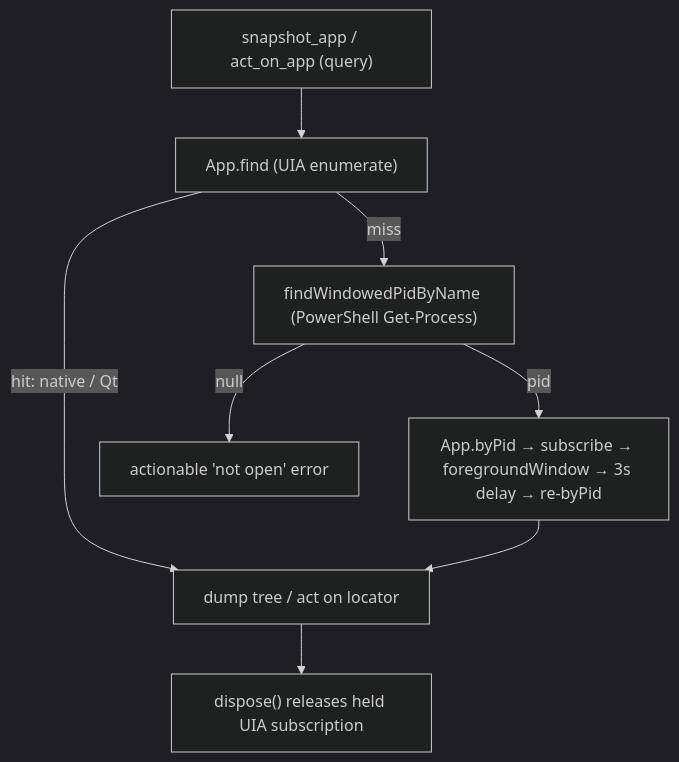
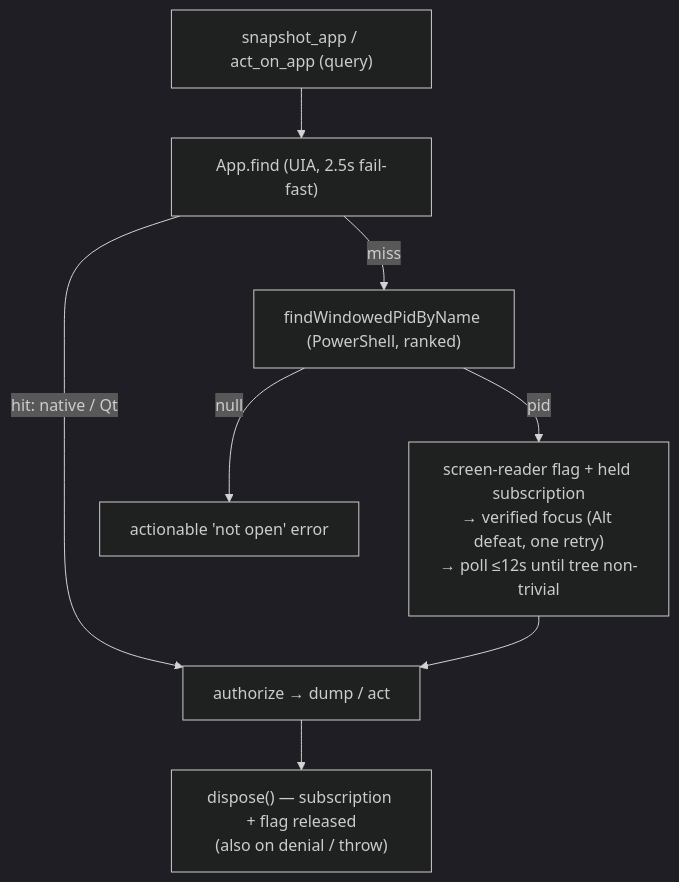
Before and after one commit to chadnicely/Vynel-Demo: the third of 4 diagrams in .claude/docs/desktop-control/structure.md, drawn with Mermaid (dark theme). The commit also changed other lines of this file and 3 other files, not shown here.

````diff
--- a/.claude/docs/desktop-control/structure.md
+++ b/.claude/docs/desktop-control/structure.md
@@ -116,10 +198,10 @@
 ```mermaid
 flowchart TD
-    A["snapshot_app / act_on_app (query)"] --> B["App.find (UIA enumerate)"]
-    B -->|"hit: native / Qt"| E["dump tree / act on locator"]
-    B -->|"miss"| C["findWindowedPidByName (PowerShell Get-Process)"]
-    C -->|"null"| X["actionable 'not open' error"]
-    C -->|"pid"| D["App.byPid → subscribe → foregroundWindow → 3s delay → re-byPid"]
+    A["snapshot_app / act_on_app (query)"] --> B["App.find (UIA, 2.5s fail-fast)"]
+    B -->|"hit: native / Qt"| E["authorize → dump / act"]
+    B -->|miss| C["findWindowedPidByName (PowerShell, ranked)"]
+    C -->|null| X["actionable 'not open' error"]
+    C -->|pid| D["screen-reader flag + held subscription\n→ verified focus (Alt defeat, one retry)\n→ poll ≤12s until tree non-trivial"]
     D --> E
-    E --> F["dispose() releases held UIA subscription"]
+    E --> F["dispose() — subscription + flag released\n(also on denial / throw)"]
 ```
````
